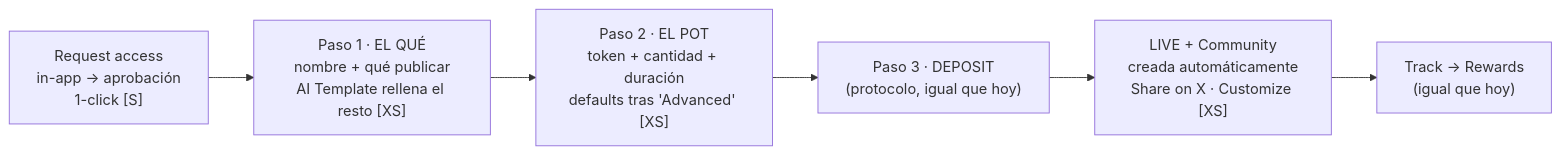
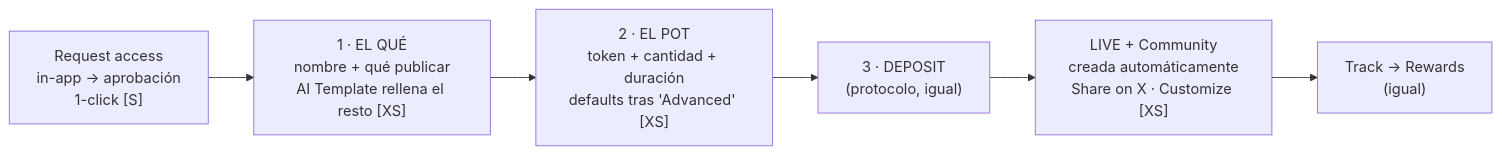
Before and after one commit to sergiogenlayer/predictionmarket: the second of 2 diagrams in rally-flows/app-rally-flows.md, drawn with Mermaid. The commit also changed other lines of this file and 2 other files, not shown here.

First line of the commit message:
Shape Communities & Ambassadors flows, drop 'wizard' jargon (v6)

````diff
--- a/rally-flows/app-rally-flows.md
+++ b/rally-flows/app-rally-flows.md
@@ -35,8 +35,8 @@
 ```mermaid
 flowchart LR
-    A["Request access<br/>in-app → aprobación<br/>1-click [S]"] --> B["Paso 1 · EL QUÉ<br/>nombre + qué publicar<br/>AI Template rellena el resto [XS]"]
-    B --> C["Paso 2 · EL POT<br/>token + cantidad + duración<br/>defaults tras 'Advanced' [XS]"]
-    C --> D["Paso 3 · DEPOSIT<br/>(protocolo, igual que hoy)"]
+    A["Request access<br/>in-app → aprobación<br/>1-click [S]"] --> B["1 · EL QUÉ<br/>nombre + qué publicar<br/>AI Template rellena el resto [XS]"]
+    B --> C["2 · EL POT<br/>token + cantidad + duración<br/>defaults tras 'Advanced' [XS]"]
+    C --> D["3 · DEPOSIT<br/>(protocolo, igual)"]
     D --> E["LIVE + Community<br/>creada automáticamente<br/>Share on X · Customize [XS]"]
-    E --> F["Track → Rewards<br/>(igual que hoy)"]
+    E --> F["Track → Rewards<br/>(igual)"]
 ```
````
